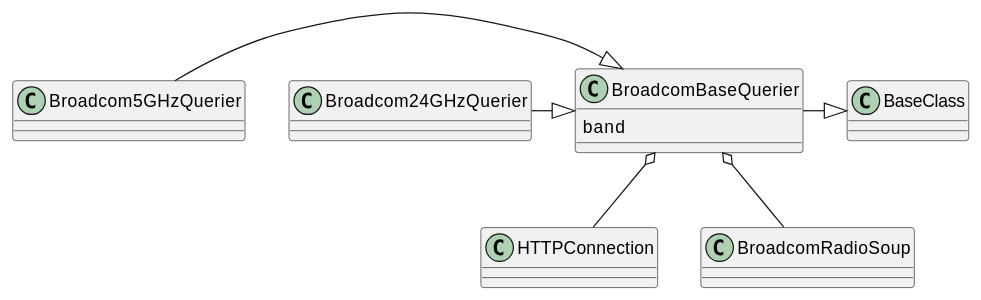
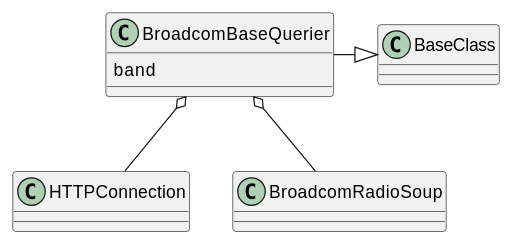
The first of 5 diagrams in apcommand/accesspoints/broadcom/querier.rst (russell-n/apcommand), drawn with PlantUML before and after one commit. The commit also changed other lines of this file and 19 other files, not shown here.

Commit message:
Broke the Broadcom Queriers up into BroadcomRadioQuerier and BroadcomSSIDQuerier to start march to one class per page

```diff
--- a/apcommand/accesspoints/broadcom/querier.rst
+++ b/apcommand/accesspoints/broadcom/querier.rst
@@ -13,8 +20,6 @@
 .. uml::
 
    BroadcomBaseQuerier -|> BaseClass
    BroadcomBaseQuerier o-- HTTPConnection
    BroadcomBaseQuerier o-- BroadcomRadioSoup
    BroadcomBaseQuerier : band   
-   Broadcom5GHzQuerier -|> BroadcomBaseQuerier
-   Broadcom24GHzQuerier -|> BroadcomBaseQuerier
```
